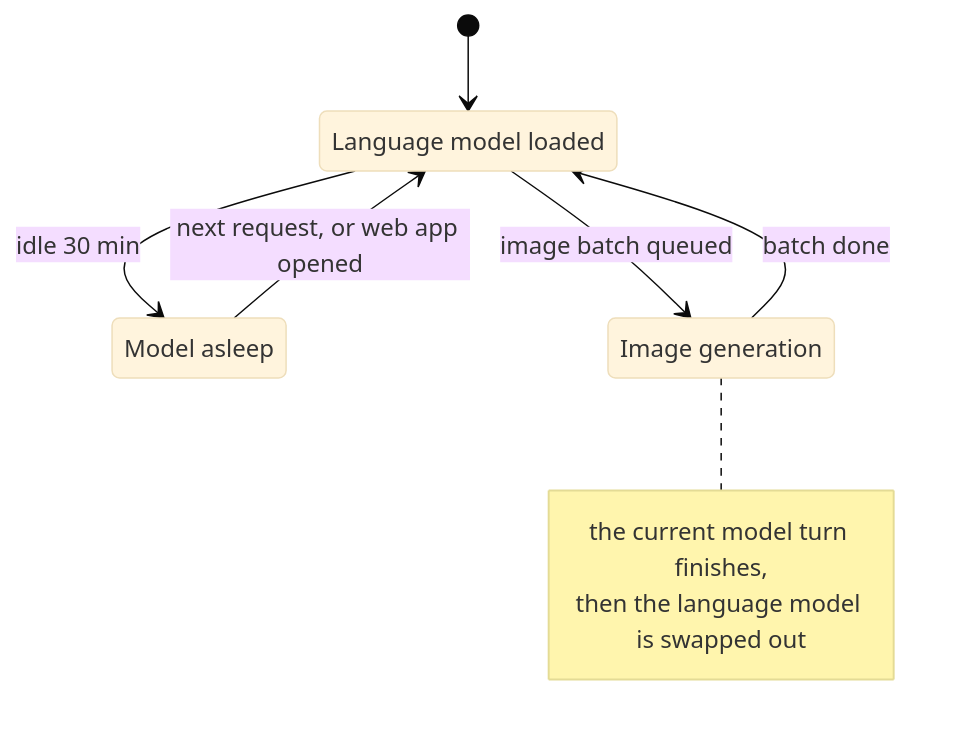
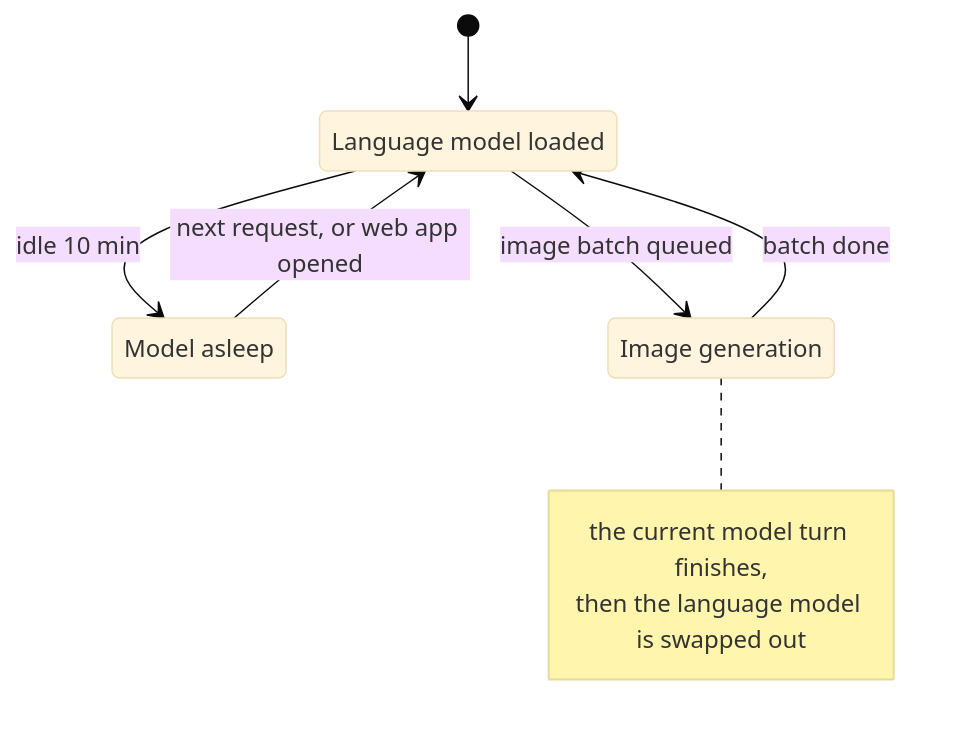
Before and after one commit to dflippojr/agent-harness: the third of 4 diagrams in README.md, drawn with Mermaid (base theme). The commit also changed other lines of this file and 12 other files, not shown here.

````diff
--- a/README.md
+++ b/README.md
@@ -103,16 +103,16 @@
 ```mermaid
 stateDiagram-v2
     state "Language model loaded" as Agent
     state "Model asleep" as Sleeping
     state "Image generation" as Images
 
     [*] --> Agent
-    Agent --> Sleeping: idle 30 min
+    Agent --> Sleeping: idle 10 min
     Sleeping --> Agent: next request, or web app opened
     Agent --> Images: image batch queued
     Images --> Agent: batch done
     note right of Images
         the current model turn finishes,
         then the language model is swapped out
     end note
 ```
````
